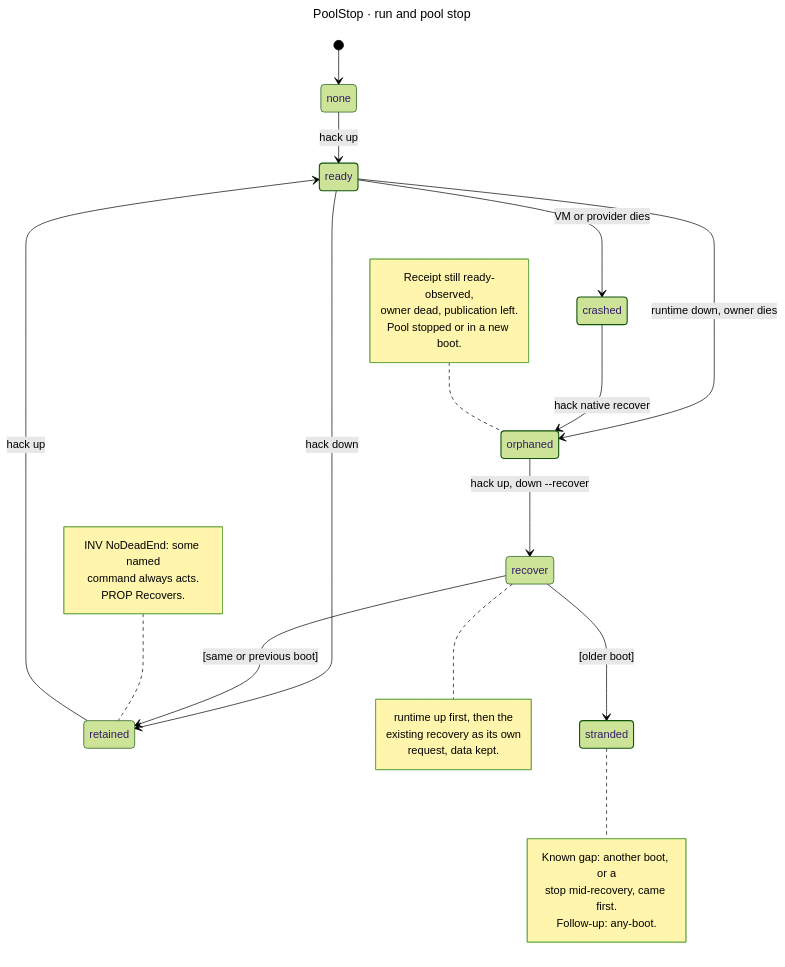
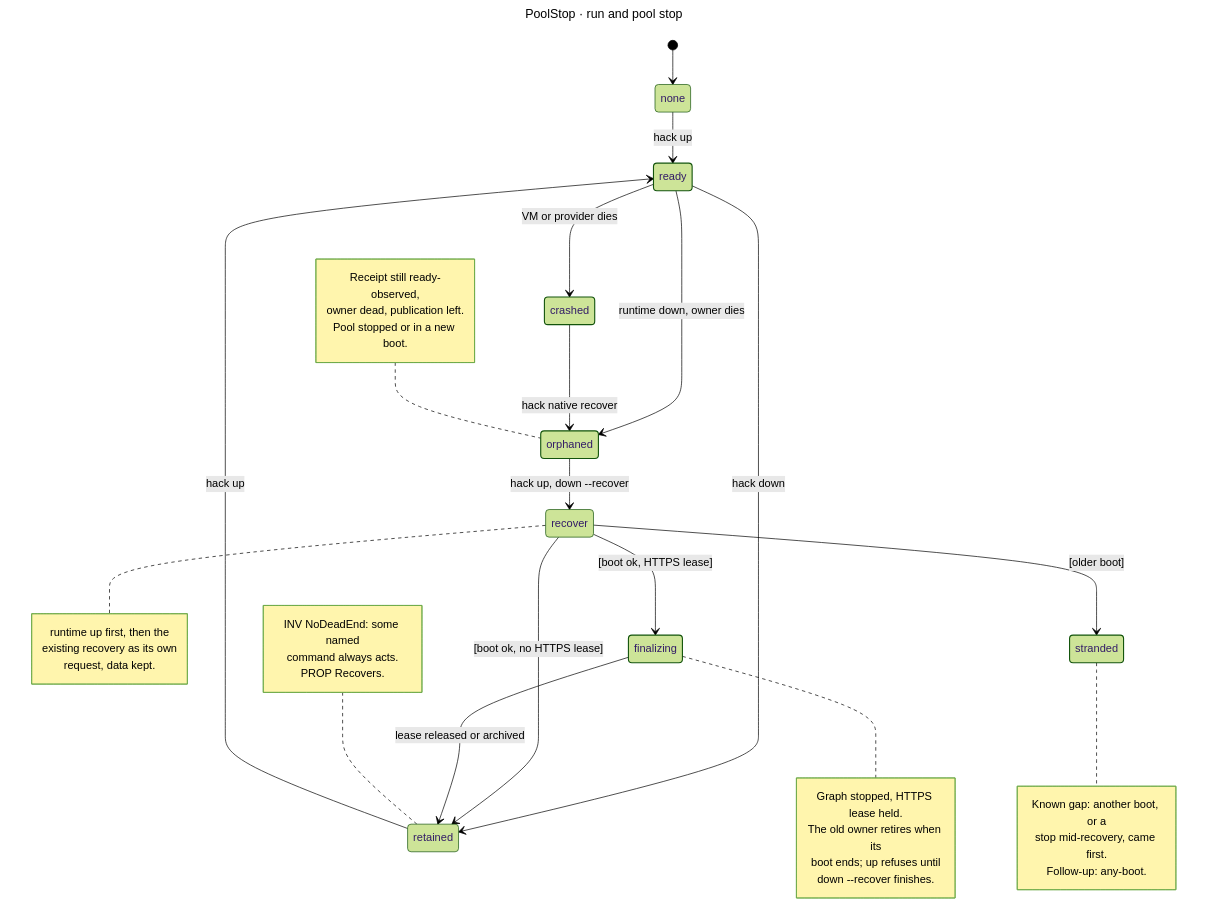
The diagram in docs/diagrams/native-pool-stop.mmd (hack-dance/hack), drawn with Mermaid (forest theme) before and after one commit. The commit also changed 18 other files, not shown here.

First line of the commit message:
test(models): add the shared HTTPS owner to native-pool-stop (HACK-2456)

```diff
--- a/docs/diagrams/native-pool-stop.mmd
+++ b/docs/diagrams/native-pool-stop.mmd
@@ -1,46 +1,55 @@
 ---
 title: PoolStop · run and pool stop
 ---
 stateDiagram-v2
     direction TB
     classDef ok stroke-width:1.6px
     classDef wait stroke-width:1.6px
     classDef fail stroke-width:1.6px
 
     [*] --> none
     none --> ready : hack up
     retained --> ready : hack up
     ready --> retained : hack down
     ready --> orphaned : runtime down, owner dies
     ready --> crashed : VM or provider dies
     crashed --> orphaned : hack native recover
     orphaned --> recover : hack up, down --recover
     state recover <<choice>>
-    recover --> retained : [same or previous boot]
+    recover --> retained : [boot ok, no HTTPS lease]
+    recover --> finalizing : [boot ok, HTTPS lease]
     recover --> stranded : [older boot]
+    finalizing --> retained : lease released or archived
 
     note left of orphaned
         Receipt still ready-observed,
         owner dead, publication left.
         Pool stopped or in a new boot.
     end note
     note right of recover
         runtime up first, then the
         existing recovery as its own
         request, data kept.
     end note
     note right of stranded
         Known gap: another boot, or a
         stop mid-recovery, came first.
         Follow-up: any-boot.
     end note
+    note right of finalizing
+        Graph stopped, HTTPS lease held.
+        The old owner retires when its
+        boot ends; up refuses until
+        down --recover finishes.
+    end note
     note left of retained
         INV NoDeadEnd: some named
         command always acts.
         PROP Recovers.
     end note
 
     class ready ok
     class orphaned wait
     class crashed wait
+    class finalizing wait
     class stranded fail
```
